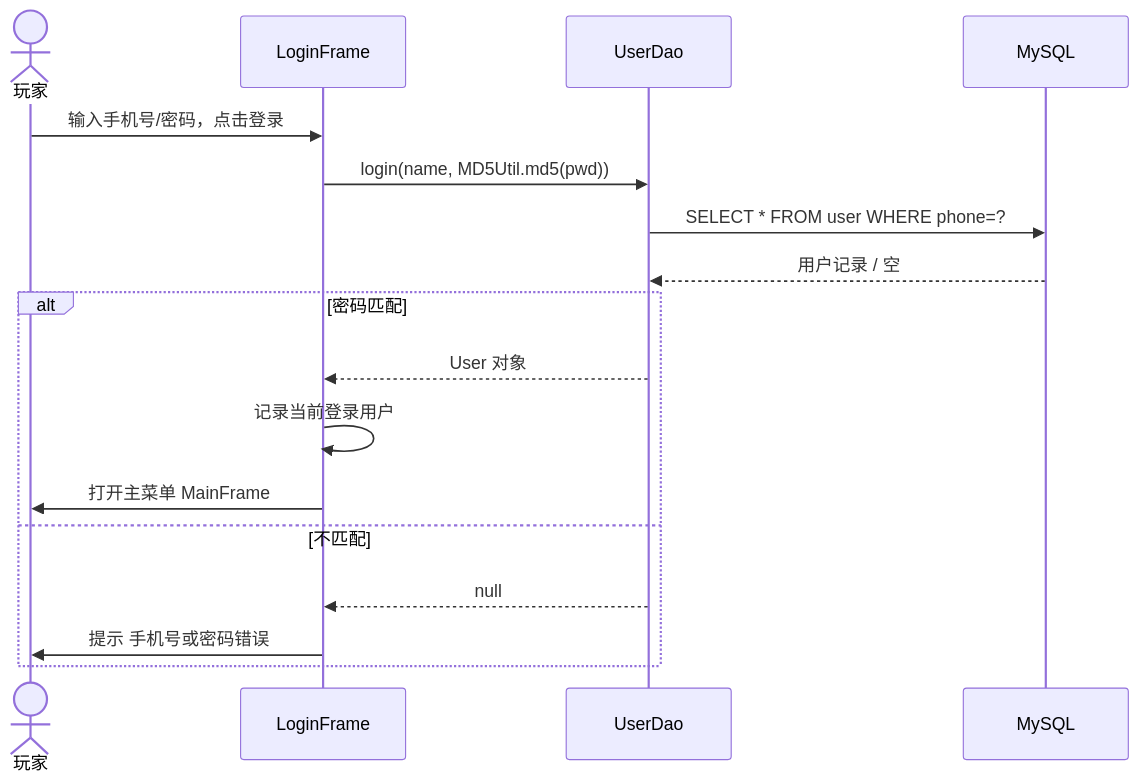
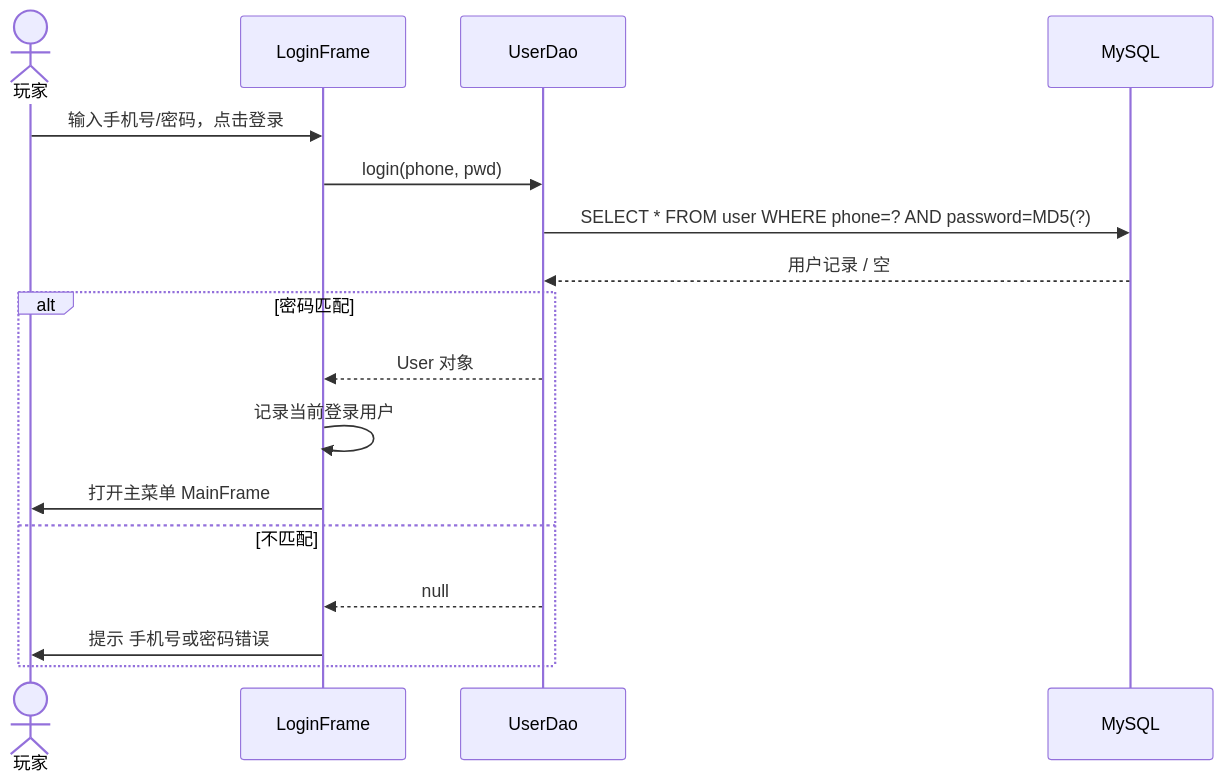
One commit to learnerCodeZ/javagame-zombie-shooter changed the seventh of 12 diagrams in docs/详细设计说明书.md. Above: the diagram before and after it, drawn with Mermaid. The commit also changed other lines of this file and 4 other files, not shown here.

````diff
--- a/docs/详细设计说明书.md
+++ b/docs/详细设计说明书.md
@@ -350,19 +349,19 @@
 ```mermaid
 sequenceDiagram
     actor U as 玩家
     participant L as LoginFrame
     participant UD as UserDao
     participant DB as MySQL
     U->>L: 输入手机号/密码，点击登录
-    L->>UD: login(name, MD5Util.md5(pwd))
-    UD->>DB: SELECT * FROM user WHERE phone=?
+    L->>UD: login(phone, pwd)
+    UD->>DB: SELECT * FROM user WHERE phone=? AND password=MD5(?)
     DB-->>UD: 用户记录 / 空
     alt 密码匹配
         UD-->>L: User 对象
         L->>L: 记录当前登录用户
         L->>U: 打开主菜单 MainFrame
     else 不匹配
         UD-->>L: null
         L->>U: 提示 手机号或密码错误
     end
 ```
````
